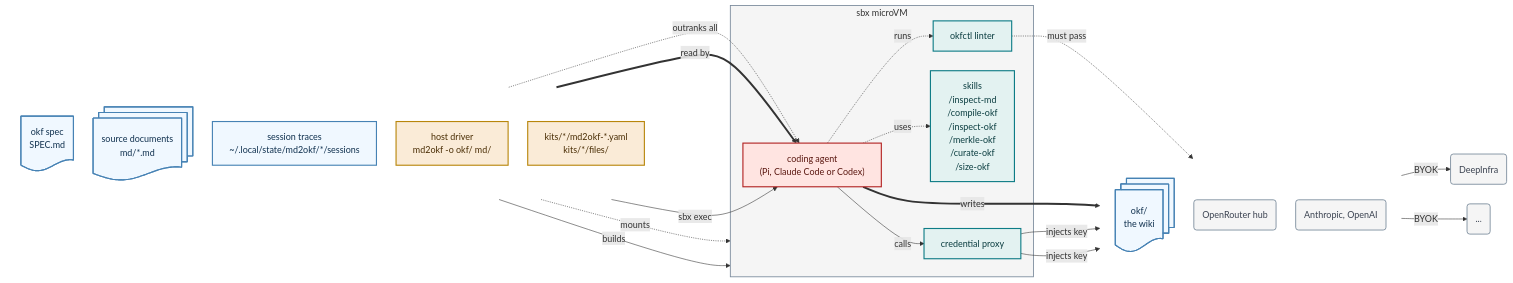
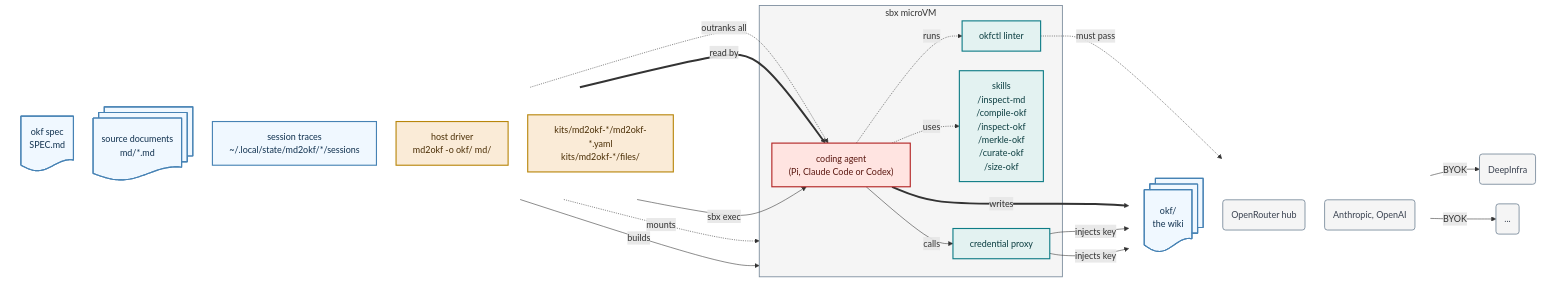
One commit to lars20070/md2okf changed the diagram in README.md. Above: the diagram before and after it, drawn with Mermaid. The commit also changed 66 other files, not shown here.

Commit message:
Rename kits from `agent` to `md2okf-agent`

````diff
--- a/README.md
+++ b/README.md
@@ -23,63 +23,63 @@
 ```mermaid
 ---
 config:
   layout: dagre
   flowchart:
     nodeSpacing: 35
     rankSpacing: 45
 ---
 flowchart LR
   subgraph IN[" "]
     direction TB
     SPEC@{ shape: doc, label: "okf spec<br>SPEC.md"}
     MD@{ shape: docs, label: "source documents<br>md/*.md"}
     STATE["session traces<br/>~/.local/state/md2okf/*/sessions"]
     DRV["host driver<br>md2okf -o okf/ md/"]
-    KIT["kits/*/md2okf-*.yaml<br/>kits/*/files/"]
+    KIT["kits/md2okf-*/md2okf-*.yaml<br/>kits/md2okf-*/files/"]
   end
 
   subgraph VM["sbx microVM"]
     AGENT["coding agent<br/>(Pi, Claude Code or Codex)"]
     LINT["okfctl linter"]
     TOOLS["skills<br>/inspect-md<br/>/compile-okf<br/>/inspect-okf<br/>/merkle-okf<br/>/curate-okf<br/>/size-okf"]
     PROXY["credential proxy"]
   end
 
   subgraph OUT[" "]
     direction TB
     OKF@{ shape: docs, label: "okf/<br/>the wiki"}
     NET("OpenRouter hub")
     NET3("Anthropic, OpenAI")
   end
   NET1("DeepInfra")
   NET2("...")
 
   SPEC -.->|"outranks all"| AGENT
   MD ==>|"read by"| AGENT
   STATE -.->|"mounts"| VM
   STATE ~~~ AGENT
   DRV -->|"sbx exec"| AGENT
   KIT -->|"builds"| VM
   AGENT -.->|"runs"| LINT
   LINT -.->|"must pass"| OKF
   AGENT ==>|"writes"| OKF
   AGENT -.->|"uses"| TOOLS
   AGENT -->|"calls"| PROXY
   PROXY -->|"injects key"| NET
   PROXY -->|"injects key"| NET3
   NET -->|"BYOK"| NET1 & NET2
 
   classDef data    fill:aliceblue,stroke:steelblue,stroke-width:2px,color:#10314F
   classDef host    fill:antiquewhite,stroke:darkgoldenrod,stroke-width:2px,color:#4A2E05
   classDef helper  fill:#E3F2F1,stroke:#0E7C86,stroke-width:2px,color:#0B3D40
   classDef agent   fill:mistyrose,stroke:firebrick,stroke-width:2px,color:#5A1710
   classDef ext     fill:whitesmoke,stroke:lightslategray,stroke-width:1.5px,color:#3A4250
   class MD,SPEC,STATE,OKF data
   class KIT,DRV host
   class TOOLS,LINT,PROXY helper
   class AGENT agent
   class NET,NET3,NET1,NET2 ext
   style VM fill:whitesmoke,stroke:lightslategray,stroke-width:1.5px
   style IN fill:none,stroke:none
   style OUT fill:none,stroke:none
 ```
````
